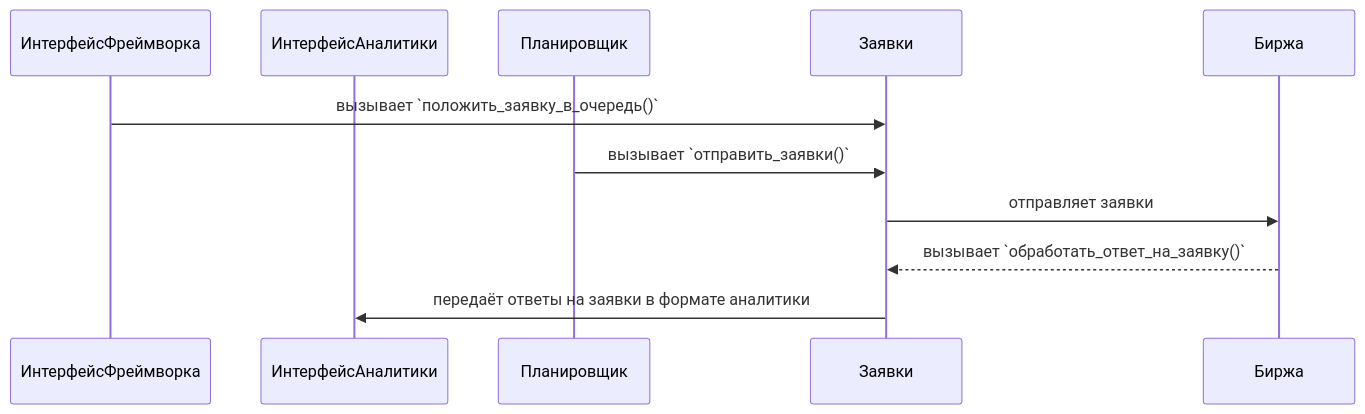
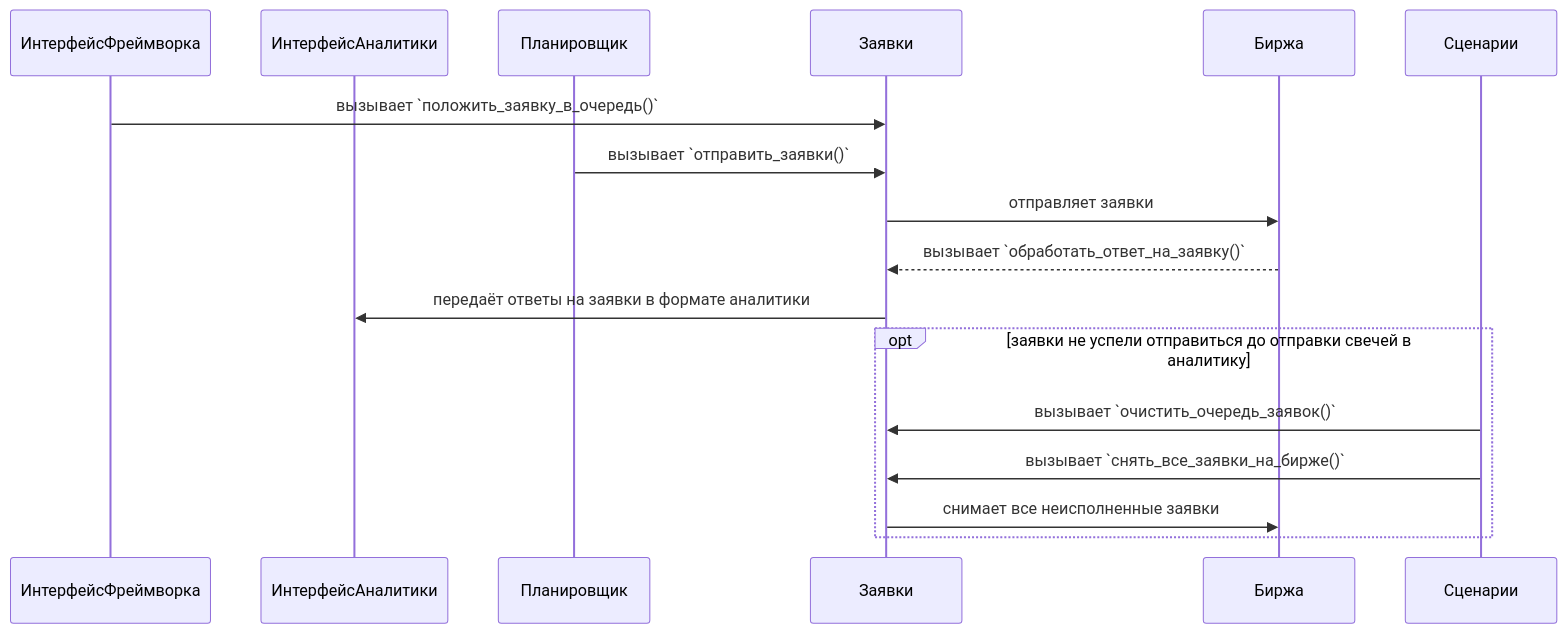
One commit to Marat22/MiriadRobotDocs changed the ninth of 22 diagrams in robot-logic.md. Above: the diagram before and after it, drawn with Mermaid. The commit also changed other lines of this file, not shown here.

Commit message:
Добавил в схемы ситуацию, когда нужно отправить свечи, а заявки не успели отправиться/исполниться

````diff
--- a/robot-logic.md
+++ b/robot-logic.md
@@ -213,14 +213,19 @@
 ```mermaid
 sequenceDiagram
     participant ИнтерфейсФреймворка
     participant ИнтерфейсАналитики
     participant Планировщик
     participant Заявки
     participant Биржа
 
     ИнтерфейсФреймворка->>Заявки: вызывает `положить_заявку_в_очередь()`
     Планировщик->>Заявки: вызывает `отправить_заявки()`
     Заявки->>Биржа: отправляет заявки
     Биржа-->>Заявки: вызывает `обработать_ответ_на_заявку()`
     Заявки->>ИнтерфейсАналитики: передаёт ответы на заявки в формате аналитики
+    opt заявки не успели отправиться до отправки свечей в аналитику
+    Сценарии->>Заявки: вызывает `очистить_очередь_заявок()`
+    Сценарии->>Заявки: вызывает `снять_все_заявки_на_бирже()`
+    Заявки->>Биржа: снимает все неисполненные заявки
+    end
 ``` 
````
